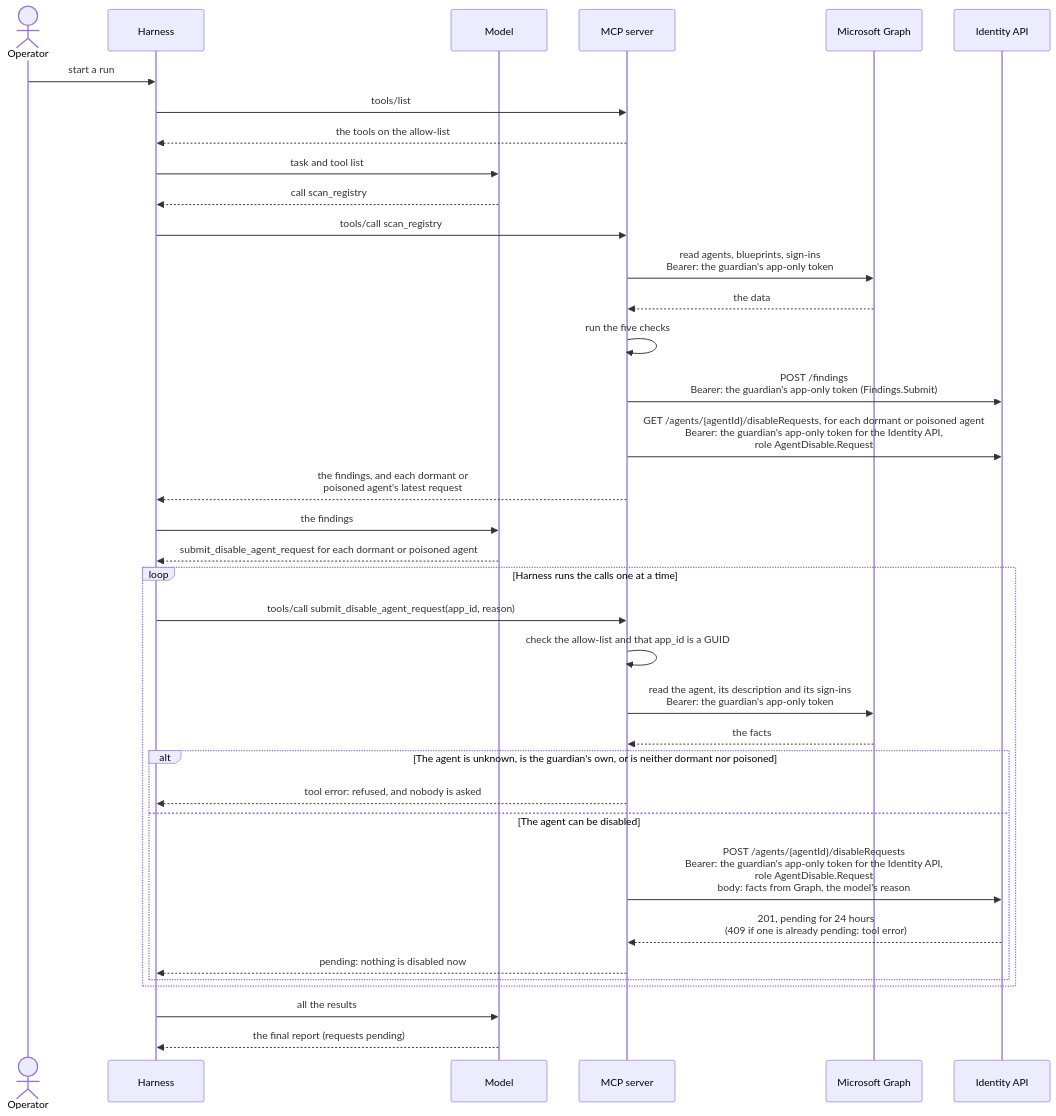
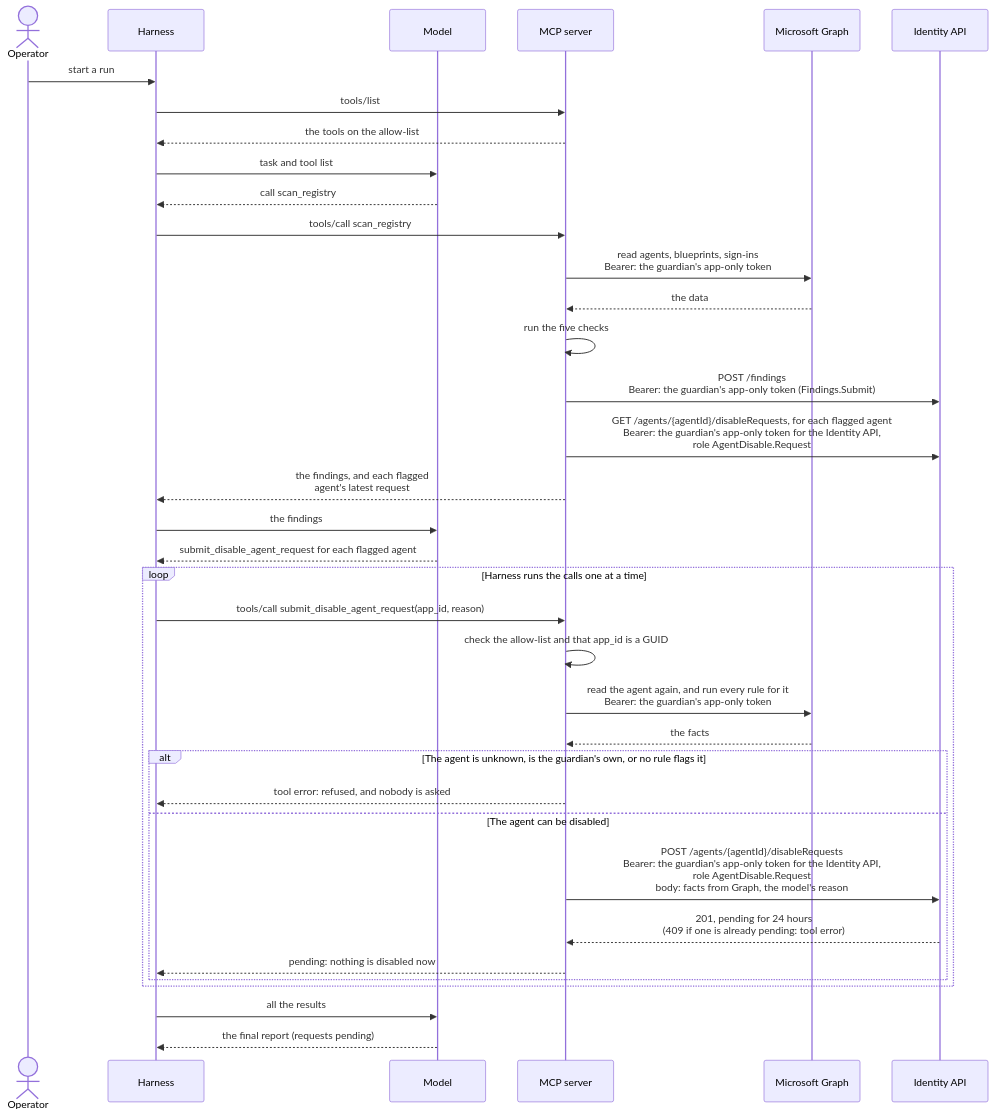
Before and after one commit to alireza-mpr/agent-steward: the third of 6 diagrams in docs/agent-steward-architecture.md, drawn with Mermaid. The commit also changed other lines of this file and 26 other files, not shown here.

Commit message:
feat(guardian): every flagged agent gets a disable request, for a person to decide

````diff
--- a/docs/agent-steward-architecture.md
+++ b/docs/agent-steward-architecture.md
@@ -200,40 +200,40 @@
 ```mermaid
 sequenceDiagram
     actor O as Operator
     participant H as Harness
     participant L as Model
     participant M as MCP server
     participant G as Microsoft Graph
     participant A as Identity API
 
     O->>H: start a run
     H->>M: tools/list
     M-->>H: the tools on the allow-list
     H->>L: task and tool list
     L-->>H: call scan_registry
     H->>M: tools/call scan_registry
     M->>G: read agents, blueprints, sign-ins<br/>Bearer: the guardian's app-only token
     G-->>M: the data
     M->>M: run the five checks
     M->>A: POST /findings<br/>Bearer: the guardian's app-only token (Findings.Submit)
-    M->>A: GET /agents/{agentId}/disableRequests, for each dormant or poisoned agent<br/>Bearer: the guardian's app-only token for the Identity API,<br/>role AgentDisable.Request
-    M-->>H: the findings, and each dormant or<br/>poisoned agent's latest request
+    M->>A: GET /agents/{agentId}/disableRequests, for each flagged agent<br/>Bearer: the guardian's app-only token for the Identity API,<br/>role AgentDisable.Request
+    M-->>H: the findings, and each flagged<br/>agent's latest request
     H->>L: the findings
 
-    L-->>H: submit_disable_agent_request for each dormant or poisoned agent
+    L-->>H: submit_disable_agent_request for each flagged agent
     loop Harness runs the calls one at a time
         H->>M: tools/call submit_disable_agent_request(app_id, reason)
         M->>M: check the allow-list and that app_id is a GUID
-        M->>G: read the agent, its description and its sign-ins<br/>Bearer: the guardian's app-only token
+        M->>G: read the agent again, and run every rule for it<br/>Bearer: the guardian's app-only token
         G-->>M: the facts
-        alt The agent is unknown, is the guardian's own, or is neither dormant nor poisoned
+        alt The agent is unknown, is the guardian's own, or no rule flags it
             M-->>H: tool error: refused, and nobody is asked
         else The agent can be disabled
             M->>A: POST /agents/{agentId}/disableRequests<br/>Bearer: the guardian's app-only token for the Identity API,<br/>role AgentDisable.Request<br/>body: facts from Graph, the model's reason
             A-->>M: 201, pending for 24 hours<br/>(409 if one is already pending: tool error)
             M-->>H: pending: nothing is disabled now
         end
     end
     H->>L: all the results
     L-->>H: the final report (requests pending)
 ```
````
